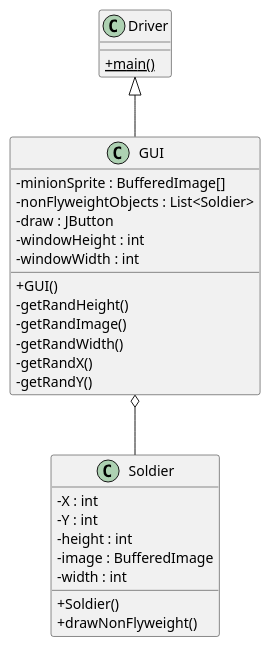
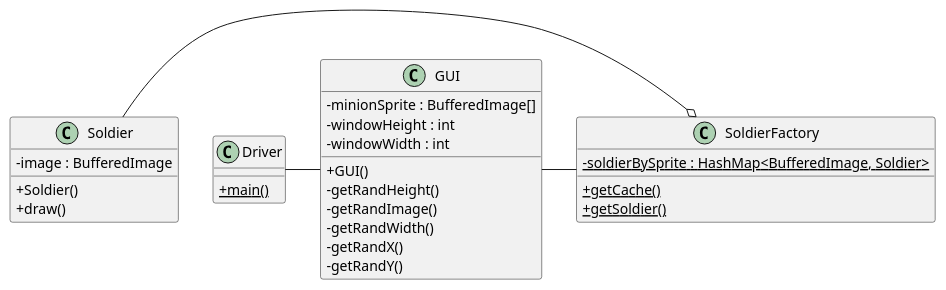
The diagram in src/src.plantuml (Mahoney0101/FlyweightPatternExample1), drawn with PlantUML before and after one commit. The commit also changed 6 other files, not shown here.

```diff
--- a/src/src.plantuml
+++ b/src/src.plantuml
@@ -1,35 +1,37 @@
 @startuml
-
 skinparam  classAttributeIconSize 0
 
     class Driver {
         {static} + main()
     }
 
     class GUI {
         - minionSprite : BufferedImage[]
-        - nonFlyweightObjects : List<Soldier>
-        - draw : JButton
         - windowHeight : int
         - windowWidth : int
         + GUI()
         - getRandHeight()
         - getRandImage()
         - getRandWidth()
         - getRandX()
         - getRandY()
     }
 
     class Soldier {
-        - X : int
-        - Y : int
-        - height : int
         - image : BufferedImage
-        - width : int
         + Soldier()
-        + drawNonFlyweight()
+        + draw()
     }
 
-  GUI -up-|> Driver
-  GUI o-- Soldier
+    class SoldierFactory {
+        {static} - soldierBySprite : HashMap<BufferedImage, Soldier>
+        {static} + getCache()
+        {static} + getSoldier()
+    }
+  
+
+  GUI -left- Driver
+  Soldier -right-o SoldierFactory
+  SoldierFactory -left- GUI
+
 @enduml
```
